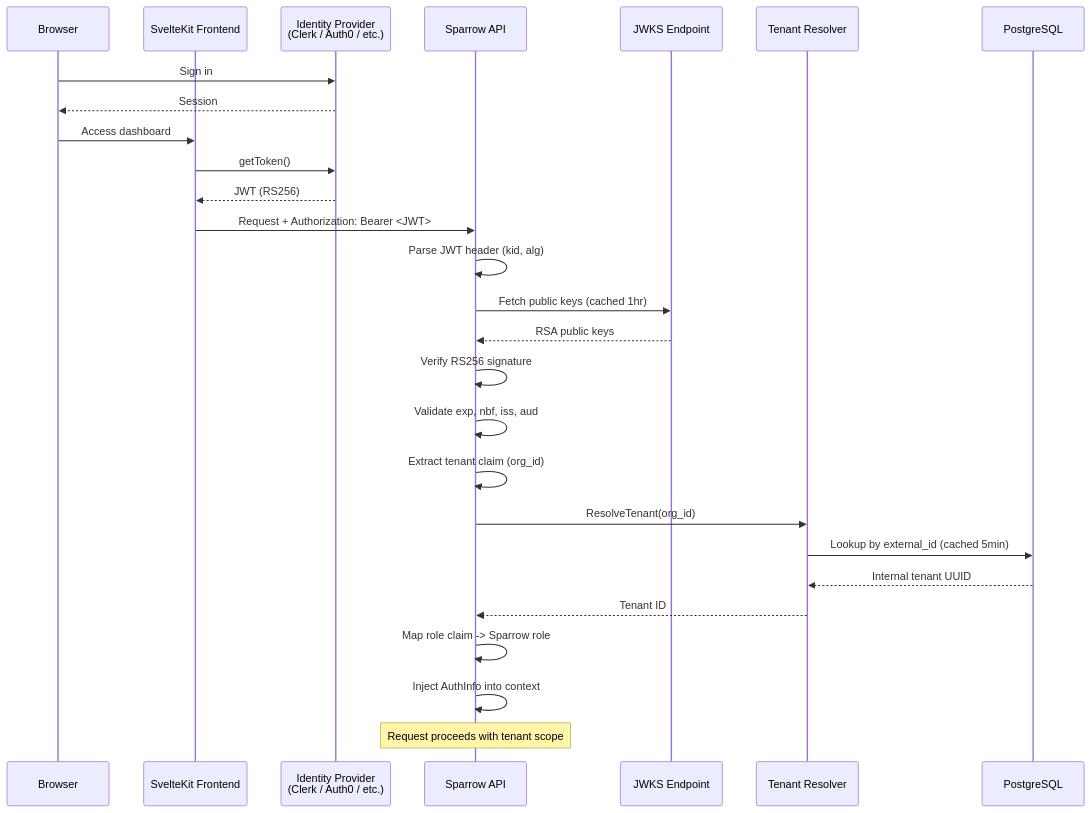
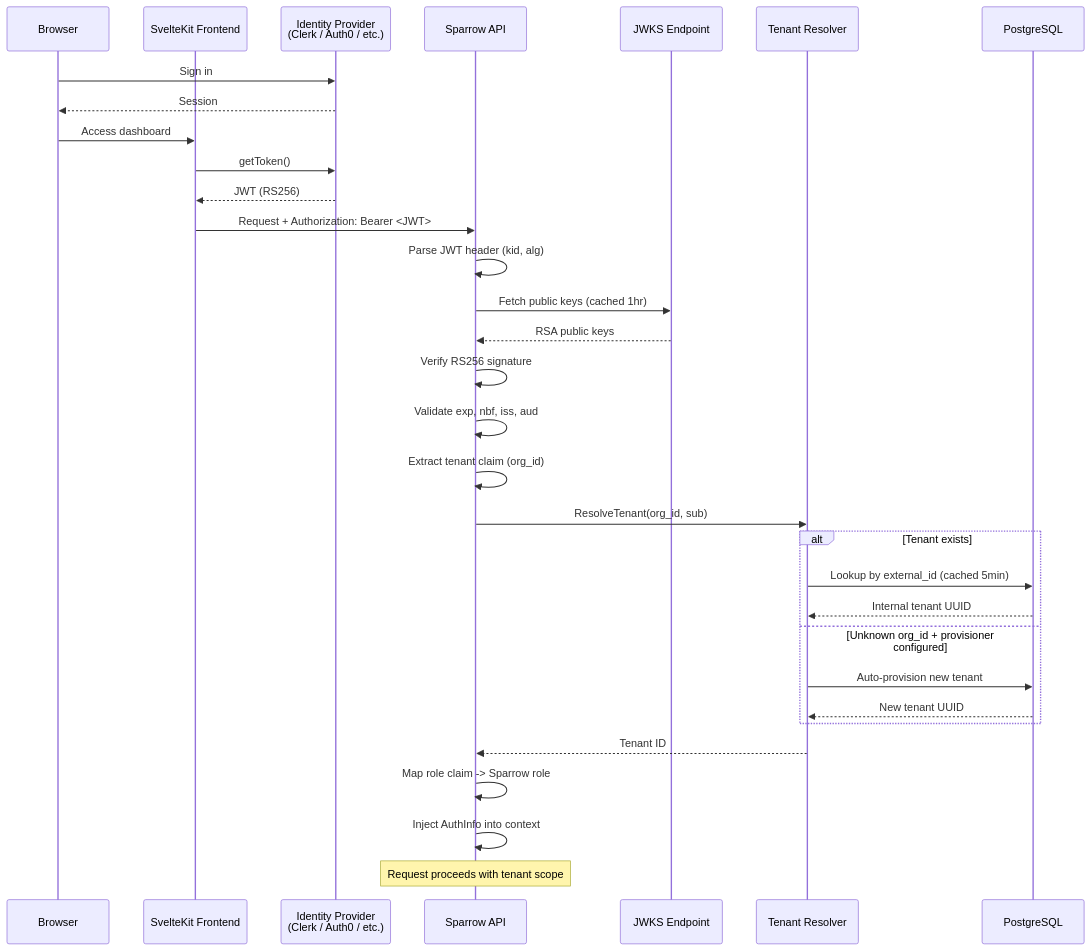
Before and after one commit to sarathsp06/sparrow: the third of 7 diagrams in TECHNICAL.md, drawn with Mermaid. The commit also changed other lines of this file and 52 other files, not shown here.

````diff
--- a/TECHNICAL.md
+++ b/TECHNICAL.md
@@ -171,30 +298,35 @@
 ```mermaid
 sequenceDiagram
     participant Browser
     participant Frontend as SvelteKit Frontend
     participant IdP as Identity Provider<br>(Clerk / Auth0 / etc.)
     participant API as Sparrow API
     participant JWKS as JWKS Endpoint
     participant Resolver as Tenant Resolver
     participant DB as PostgreSQL
 
     Browser->>IdP: Sign in
     IdP-->>Browser: Session
     Browser->>Frontend: Access dashboard
     Frontend->>IdP: getToken()
     IdP-->>Frontend: JWT (RS256)
     Frontend->>API: Request + Authorization: Bearer <JWT>
     API->>API: Parse JWT header (kid, alg)
     API->>JWKS: Fetch public keys (cached 1hr)
     JWKS-->>API: RSA public keys
     API->>API: Verify RS256 signature
     API->>API: Validate exp, nbf, iss, aud
     API->>API: Extract tenant claim (org_id)
-    API->>Resolver: ResolveTenant(org_id)
-    Resolver->>DB: Lookup by external_id (cached 5min)
-    DB-->>Resolver: Internal tenant UUID
+    API->>Resolver: ResolveTenant(org_id, sub)
+    alt Tenant exists
+        Resolver->>DB: Lookup by external_id (cached 5min)
+        DB-->>Resolver: Internal tenant UUID
+    else Unknown org_id + provisioner configured
+        Resolver->>DB: Auto-provision new tenant
+        DB-->>Resolver: New tenant UUID
+    end
     Resolver-->>API: Tenant ID
     API->>API: Map role claim -> Sparrow role
     API->>API: Inject AuthInfo into context
     Note over API: Request proceeds with tenant scope
 ```
````
